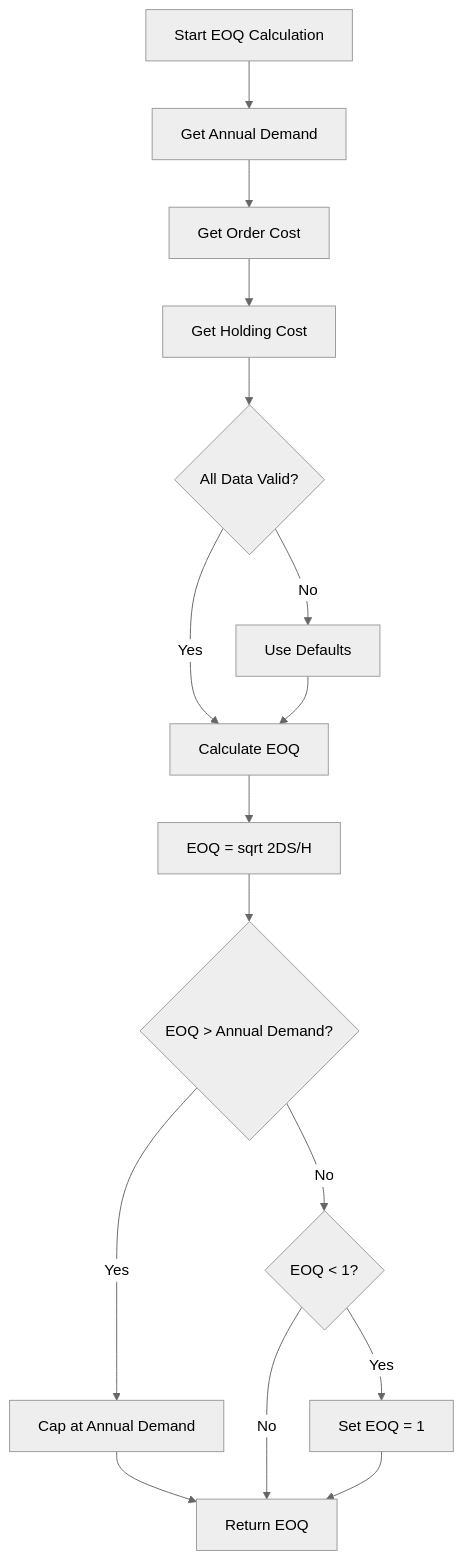
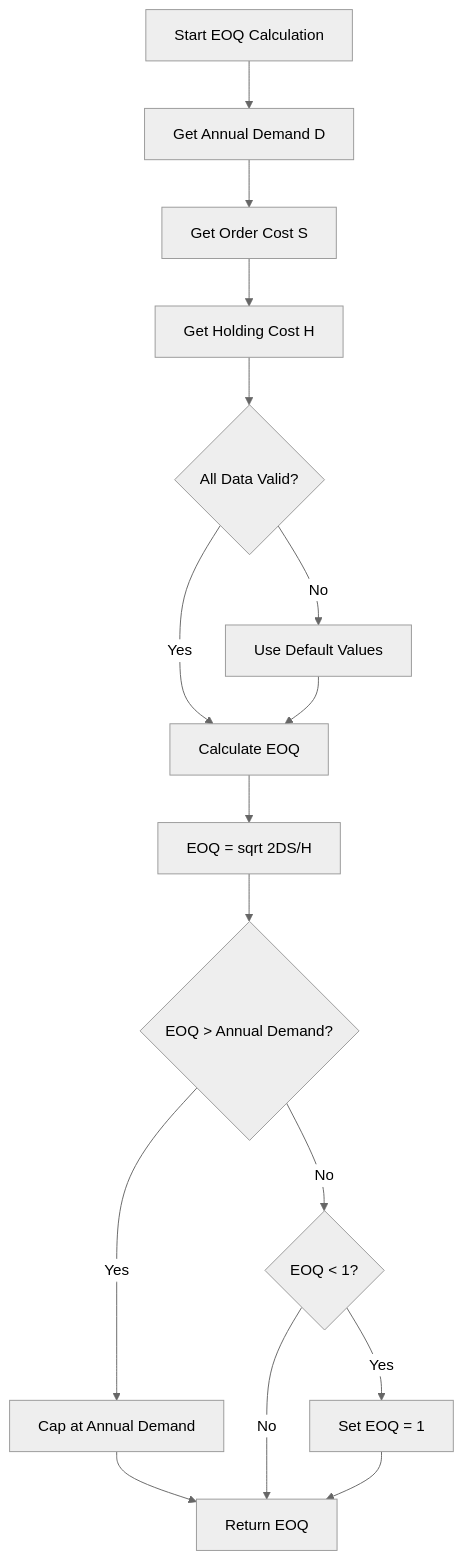
Before and after one commit to PeakMNA/carmen: the seventh of 32 diagrams in docs/app/operational-planning/inventory-planning/FD-inventory-planning.md, drawn with Mermaid (neutral theme). The commit also changed other lines of this file and 473 other files, not shown here.

````diff
--- a/docs/app/operational-planning/inventory-planning/FD-inventory-planning.md
+++ b/docs/app/operational-planning/inventory-planning/FD-inventory-planning.md
@@ -113,22 +166,22 @@
 ```mermaid
 graph TB
-    A[Start EOQ Calculation] --> B[Get Annual Demand]
-    B --> C[Get Order Cost]
-    C --> D[Get Holding Cost]
+    A[Start EOQ Calculation] --> B[Get Annual Demand D]
+    B --> C[Get Order Cost S]
+    C --> D[Get Holding Cost H]
 
     D --> E{All Data Valid?}
-    E -->|No| F[Use Defaults]
+    E -->|No| F[Use Default Values]
     E -->|Yes| G[Calculate EOQ]
 
     F --> G
     G --> H[EOQ = sqrt 2DS/H]
     H --> I{EOQ > Annual Demand?}
 
     I -->|Yes| J[Cap at Annual Demand]
     I -->|No| K{EOQ < 1?}
 
     J --> L[Return EOQ]
     K -->|Yes| M[Set EOQ = 1]
     K -->|No| L
     M --> L
 ```
````
